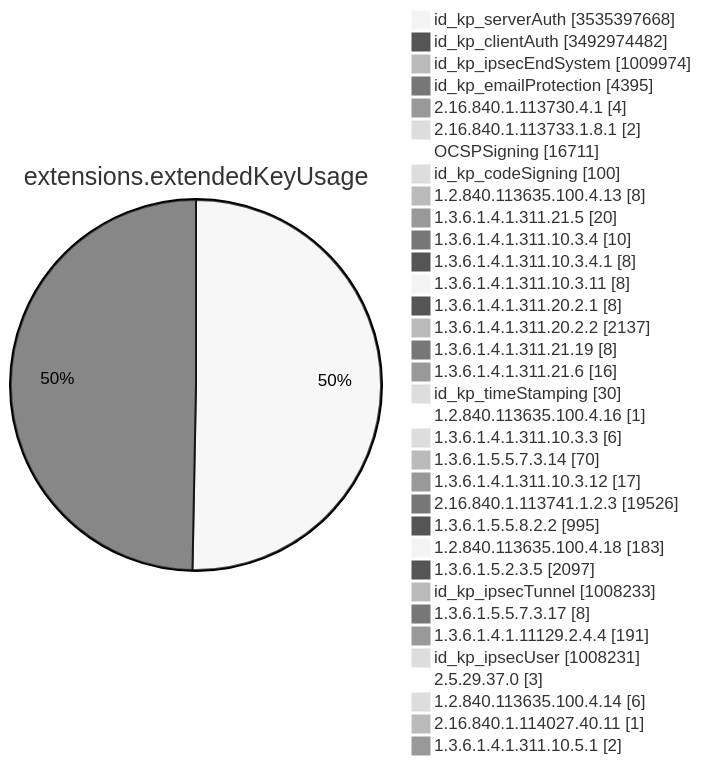
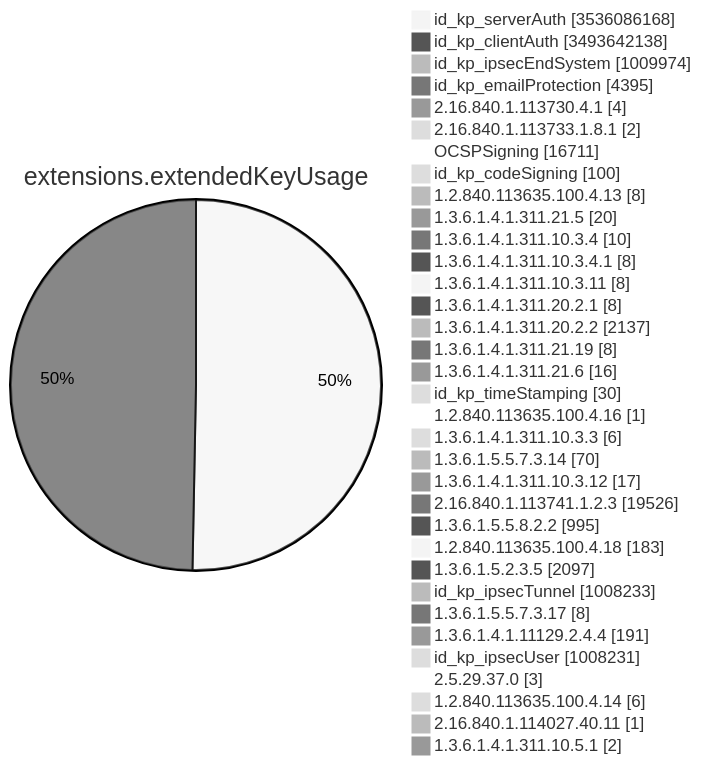
Before and after one commit to christiankrug/ctmonitor_visualization: diagram 11 of 15 in TOTAL/README.md, drawn with Mermaid (neutral theme). The commit also changed other lines of this file, not shown here.

````diff
--- a/TOTAL/README.md
+++ b/TOTAL/README.md
@@ -4127,38 +4127,38 @@
 ```mermaid
 pie showData
 title extensions.extendedKeyUsage
-"id_kp_serverAuth" :3535397668
-"id_kp_clientAuth" :3492974482
+"id_kp_serverAuth" :3536086168
+"id_kp_clientAuth" :3493642138
 "id_kp_ipsecEndSystem" :1009974
 "id_kp_emailProtection" :4395
 "2.16.840.1.113730.4.1" :4
 "2.16.840.1.113733.1.8.1" :2
 "OCSPSigning" :16711
 "id_kp_codeSigning" :100
 "1.2.840.113635.100.4.13" :8
 "1.3.6.1.4.1.311.21.5" :20
 "1.3.6.1.4.1.311.10.3.4" :10
 "1.3.6.1.4.1.311.10.3.4.1" :8
 "1.3.6.1.4.1.311.10.3.11" :8
 "1.3.6.1.4.1.311.20.2.1" :8
 "1.3.6.1.4.1.311.20.2.2" :2137
 "1.3.6.1.4.1.311.21.19" :8
 "1.3.6.1.4.1.311.21.6" :16
 "id_kp_timeStamping" :30
 "1.2.840.113635.100.4.16" :1
 "1.3.6.1.4.1.311.10.3.3" :6
 "1.3.6.1.5.5.7.3.14" :70
 "1.3.6.1.4.1.311.10.3.12" :17
 "2.16.840.1.113741.1.2.3" :19526
 "1.3.6.1.5.5.8.2.2" :995
 "1.2.840.113635.100.4.18" :183
 "1.3.6.1.5.2.3.5" :2097
 "id_kp_ipsecTunnel" :1008233
 "1.3.6.1.5.5.7.3.17" :8
 "1.3.6.1.4.1.11129.2.4.4" :191
 "id_kp_ipsecUser" :1008231
 "2.5.29.37.0" :3
 "1.2.840.113635.100.4.14" :6
 "2.16.840.1.114027.40.11" :1
 "1.3.6.1.4.1.311.10.5.1" :2
 ```
````
